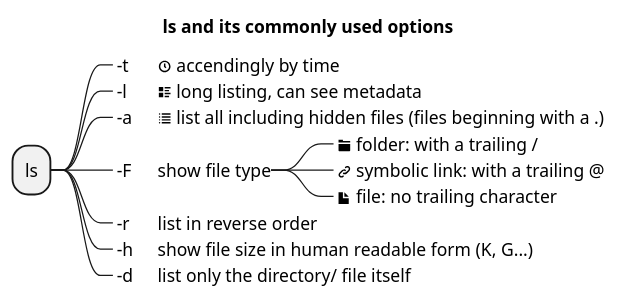
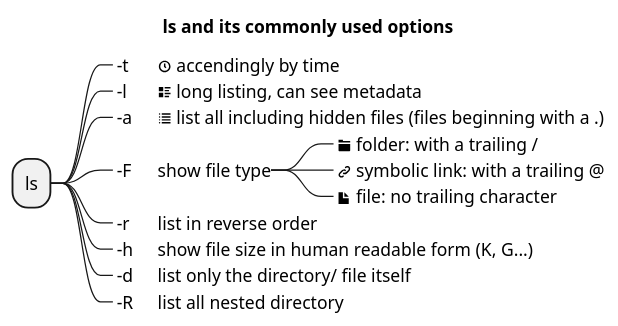
One commit to pham-anh/learn-lpic changed the diagram in LPIC-1/img-lpic/command-ls-options.puml. Above: the diagram before and after it, drawn with PlantUML. The commit also changed 8 other files, not shown here.

```diff
--- a/LPIC-1/img-lpic/command-ls-options.puml
+++ b/LPIC-1/img-lpic/command-ls-options.puml
@@ -1,16 +1,17 @@
 @startmindmap
 title ls and its commonly used options
 * ls
 **_ -t \t <&clock> accendingly by time
 **_ -l \t <&list-rich> long listing, can see metadata
 **_ -a \t <&list> list all including hidden files (files beginning with a .)
 
 **_ -F \t show file type
 ***_ <&folder> folder: with a trailing /
 ***_ <&link-intact> symbolic link: with a trailing @
 ***_ <&file> file: no trailing character
 
 **_ -r \t list in reverse order
 **_ -h \t show file size in human readable form (K, G...)
 **_ -d \t list only the directory/ file itself
+**_ -R \t list all nested directory
 @endmindmap
```
